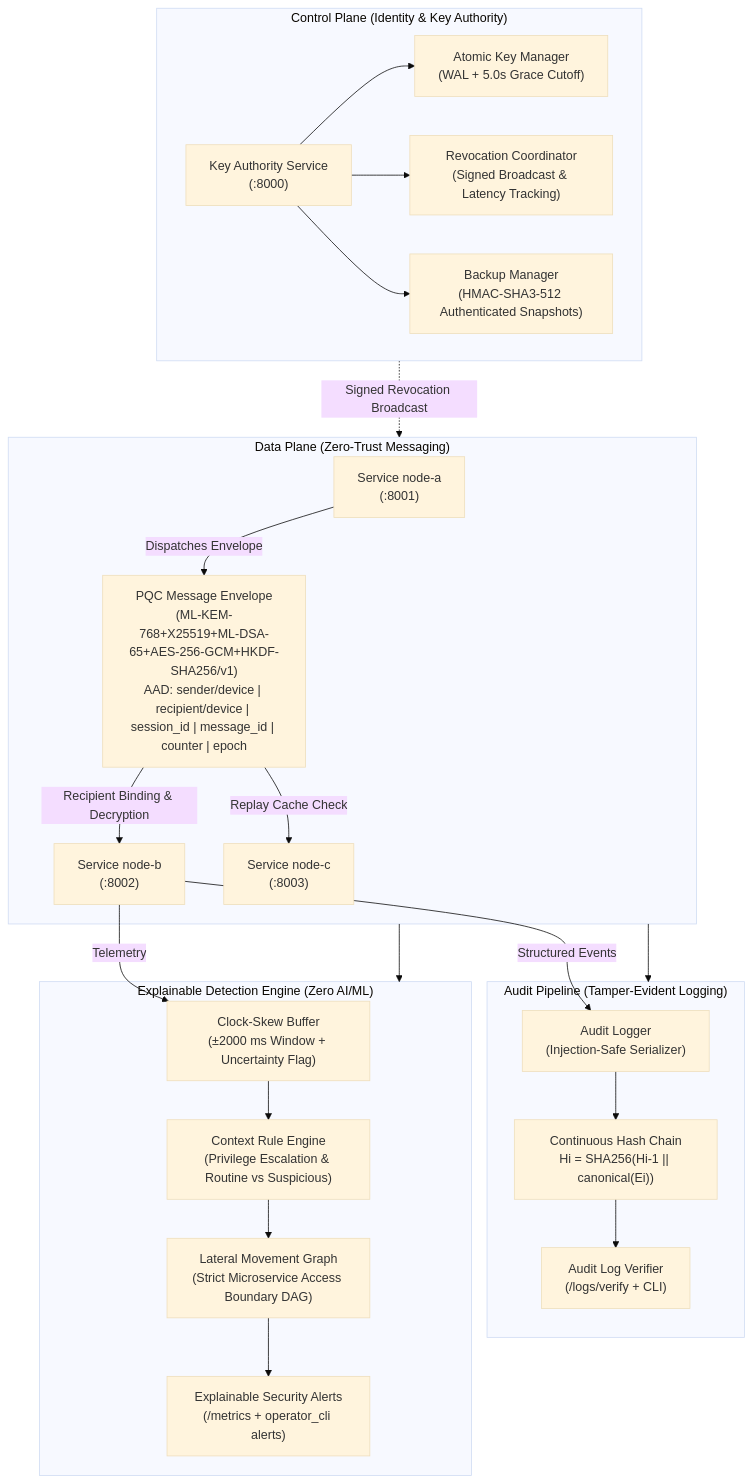
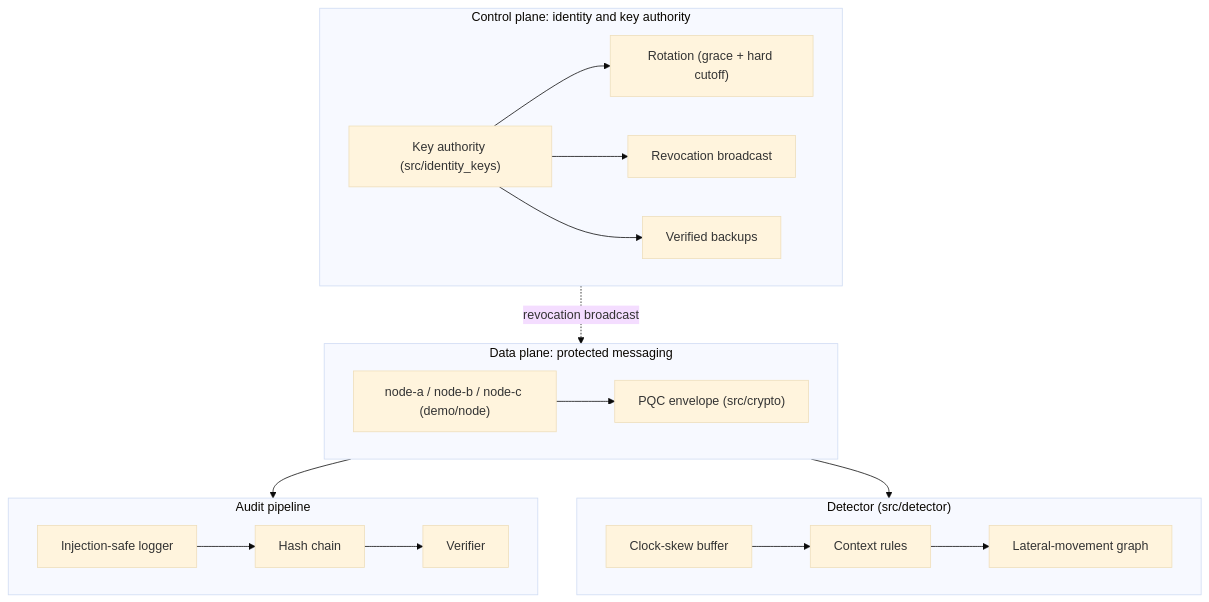
Before and after one commit to mayank-xrz/trust---verify: the diagram in README.md, drawn with Mermaid (base theme). The commit also changed other lines of this file, not shown here.

````diff
--- a/README.md
+++ b/README.md
@@ -27,50 +17,36 @@
 ```mermaid
 flowchart TD
-    subgraph ControlPlane ["Control Plane (Identity & Key Authority)"]
-        KA["Key Authority Service\n(:8000)"]
-        KM["Atomic Key Manager\n(WAL + 5.0s Grace Cutoff)"]
-        REV["Revocation Coordinator\n(Signed Broadcast & Latency Tracking)"]
-        BKP["Backup Manager\n(HMAC-SHA3-512 Authenticated Snapshots)"]
-        KA --> KM
+    subgraph ControlPlane ["Control plane: identity and key authority"]
+        KA["Key authority (src/identity_keys)"]
+        ROT["Rotation (grace + hard cutoff)"]
+        REV["Revocation broadcast"]
+        BKP["Verified backups"]
+        KA --> ROT
         KA --> REV
         KA --> BKP
     end
 
-    subgraph DataPlane ["Data Plane (Zero-Trust Messaging)"]
-        NODE_A["Service node-a\n(:8001)"]
-        NODE_B["Service node-b\n(:8002)"]
-        NODE_C["Service node-c\n(:8003)"]
-        
-        ENV["PQC Message Envelope\n(ML-KEM-768+X25519+ML-DSA-65+AES-256-GCM+HKDF-SHA256/v1)\nAAD: sender/device | recipient/device | session_id | message_id | counter | epoch"]
-        
-        NODE_A -->|Dispatches Envelope| ENV
-        ENV -->|Recipient Binding & Decryption| NODE_B
-        ENV -->|Replay Cache Check| NODE_C
+    subgraph DataPlane ["Data plane: protected messaging"]
+        NODES["node-a / node-b / node-c (demo/node)"]
+        ENV["PQC envelope (src/crypto)"]
+        NODES --> ENV
     end
 
-    subgraph AuditPipeline ["Audit Pipeline (Tamper-Evident Logging)"]
-        LOGGER["Audit Logger\n(Injection-Safe Serializer)"]
-        CHAIN["Continuous Hash Chain\nHi = SHA256(Hi-1 || canonical(Ei))"]
-        VERIFIER["Audit Log Verifier\n(/logs/verify + CLI)"]
-        
-        NODE_B -->|Structured Events| LOGGER
-        LOGGER --> CHAIN
-        CHAIN --> VERIFIER
+    subgraph Audit ["Audit pipeline"]
+        LOG["Injection-safe logger"]
+        CHAIN["Hash chain"]
+        VER["Verifier"]
+        LOG --> CHAIN --> VER
     end
 
-    subgraph ExplainableDetector ["Explainable Detection Engine (Zero AI/ML)"]
-        CLOCK["Clock-Skew Buffer\n(±2000 ms Window + Uncertainty Flag)"]
-        RULES["Context Rule Engine\n(Privilege Escalation & Routine vs Suspicious)"]
-        DAG["Lateral Movement Graph\n(Strict Microservice Access Boundary DAG)"]
-        ALERTS["Explainable Security Alerts\n(/metrics + operator_cli alerts)"]
-        
-        NODE_B -->|Telemetry| CLOCK
-        CLOCK --> RULES
-        RULES --> DAG
-        DAG --> ALERTS
+    subgraph Detector ["Detector (src/detector)"]
+        CLOCK["Clock-skew buffer"]
+        RULES["Context rules"]
+        GRAPH["Lateral-movement graph"]
+        CLOCK --> RULES --> GRAPH
     end
 
-    ControlPlane -.->|Signed Revocation Broadcast| DataPlane
-    DataPlane --> AuditPipeline
-    DataPlane --> ExplainableDetector
+    ControlPlane -.->|revocation broadcast| DataPlane
+    DataPlane --> Audit
+    DataPlane --> Detector
 ```
````
